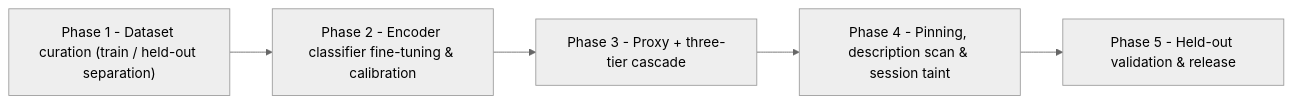
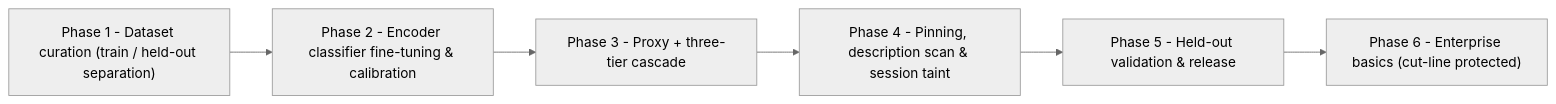
Before and after one commit to rishikeshvarma/MCP-Shield: the tenth of 10 diagrams in MCP-Shield Complete Presentation Script & Project Blueprint.md, drawn with Mermaid (neutral theme). The commit also changed other lines of this file and 12 other files, not shown here.

First line of the commit message:
Close planning-phase limitations; add Stage 1E enterprise basics

````diff
--- a/MCP-Shield Complete Presentation Script & Project Blueprint.md
+++ b/MCP-Shield Complete Presentation Script & Project Blueprint.md
@@ -410,7 +421,8 @@
 ```mermaid
 graph LR
     P1["Phase 1 - Dataset curation (train / held-out separation)"] --> P2["Phase 2 - Encoder classifier fine-tuning & calibration"]
     P2 --> P3["Phase 3 - Proxy + three-tier cascade"]
     P3 --> P4["Phase 4 - Pinning, description scan & session taint"]
     P4 --> P5["Phase 5 - Held-out validation & release"]
+    P5 --> P6["Phase 6 - Enterprise basics (cut-line protected)"]
 ```
````
